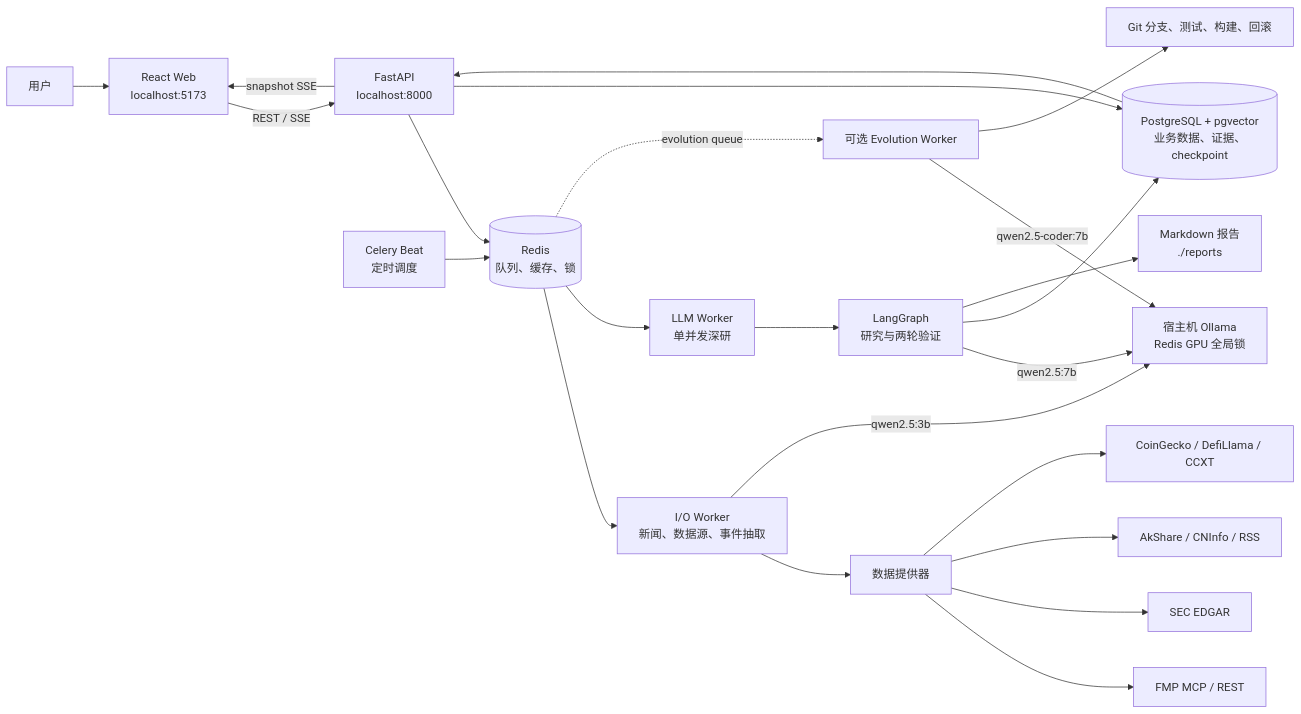
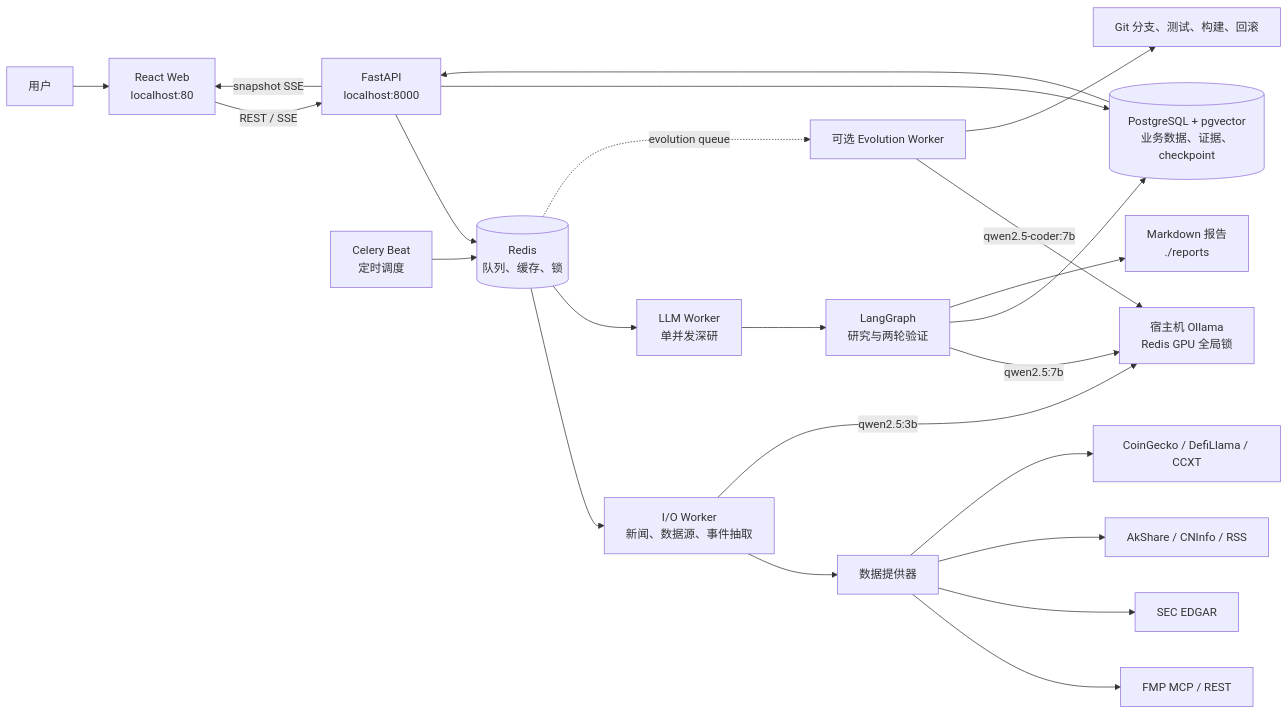
The first of 2 diagrams in README.md (pcdogyu/RAG-Agentic-Looping), drawn with Mermaid before and after one commit. The commit also changed other lines of this file and 1 other file, not shown here.

Commit message:
将线上 Web 端口调整为 80

````diff
--- a/README.md
+++ b/README.md
@@ -56,31 +56,31 @@
 ```mermaid
 flowchart LR
-    USER[用户] --> WEB[React Web<br/>localhost:5173]
+    USER[用户] --> WEB[React Web<br/>localhost:80]
     WEB -->|REST / SSE| API[FastAPI<br/>localhost:8000]
 
     SCHED[Celery Beat<br/>定时调度] --> REDIS[(Redis<br/>队列、缓存、锁)]
     API --> REDIS
     API --> PG[(PostgreSQL + pgvector<br/>业务数据、证据、checkpoint)]
 
     REDIS --> IO[I/O Worker<br/>新闻、数据源、事件抽取]
     REDIS --> LLM[LLM Worker<br/>单并发深研]
 
     IO --> PROVIDERS[数据提供器]
     PROVIDERS --> FMP[FMP MCP / REST]
     PROVIDERS --> SEC[SEC EDGAR]
     PROVIDERS --> CN[AkShare / CNInfo / RSS]
     PROVIDERS --> CRYPTO[CoinGecko / DefiLlama / CCXT]
 
     IO -->|qwen2.5:3b| OLLAMA[宿主机 Ollama<br/>Redis GPU 全局锁]
     LLM --> GRAPH[LangGraph<br/>研究与两轮验证]
     GRAPH -->|qwen2.5:7b| OLLAMA
     GRAPH --> PG
     GRAPH --> REPORTS[Markdown 报告<br/>./reports]
 
     PG --> API
     API -->|snapshot SSE| WEB
 
     EVOLVE[可选 Evolution Worker] -->|qwen2.5-coder:7b| OLLAMA
     EVOLVE --> GIT[Git 分支、测试、构建、回滚]
     REDIS -. evolution queue .-> EVOLVE
 ```
````
